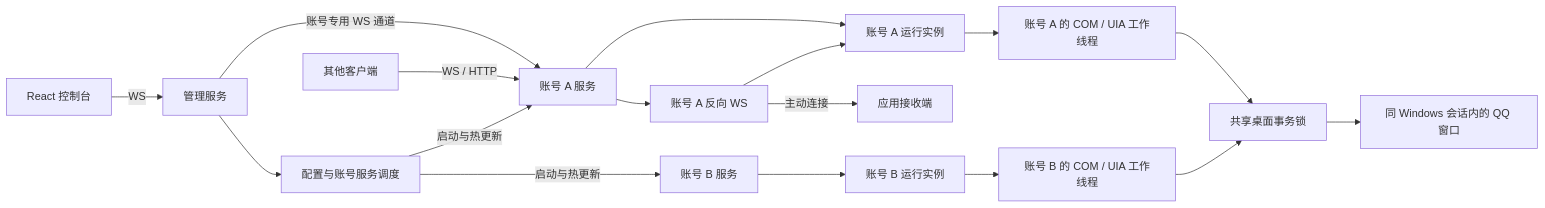
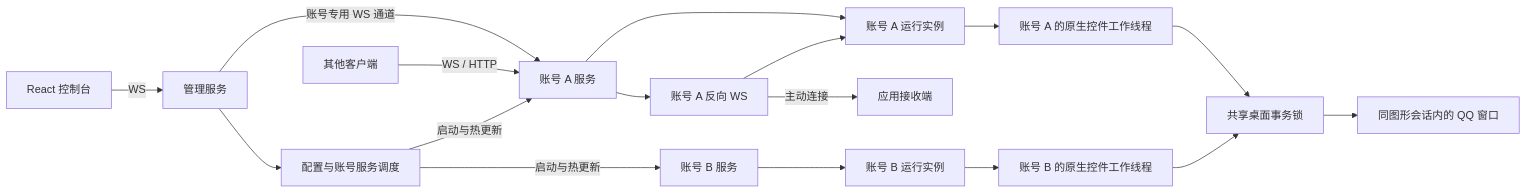
One commit to GEYUANwuqi/QuitBot changed the diagram in docs/architecture.md. Above: the diagram before and after it, drawn with Mermaid. The commit also changed other lines of this file and 53 other files, not shown here.

````diff
--- a/docs/architecture.md
+++ b/docs/architecture.md
@@ -26,19 +26,19 @@
 ```mermaid
 flowchart LR
   UI[React 控制台] -->|WS| M[管理服务]
   M --> S[配置与账号服务调度]
   M -->|账号专用 WS 通道| A[账号 A 服务]
   C[其他客户端] -->|WS / HTTP| A
   S -->|启动与热更新| A
   S -->|启动与热更新| B[账号 B 服务]
   A --> RA[账号 A 运行实例]
   A --> RW[账号 A 反向 WS]
   RW -->|主动连接| PEER[应用接收端]
   RW --> RA
   B --> RB[账号 B 运行实例]
-  RA --> UA[账号 A 的 COM / UIA 工作线程]
-  RB --> UB[账号 B 的 COM / UIA 工作线程]
+  RA --> UA[账号 A 的原生控件工作线程]
+  RB --> UB[账号 B 的原生控件工作线程]
   UA --> L[共享桌面事务锁]
   UB --> L
-  L --> QQ[同 Windows 会话内的 QQ 窗口]
+  L --> QQ[同图形会话内的 QQ 窗口]
 ```
````
